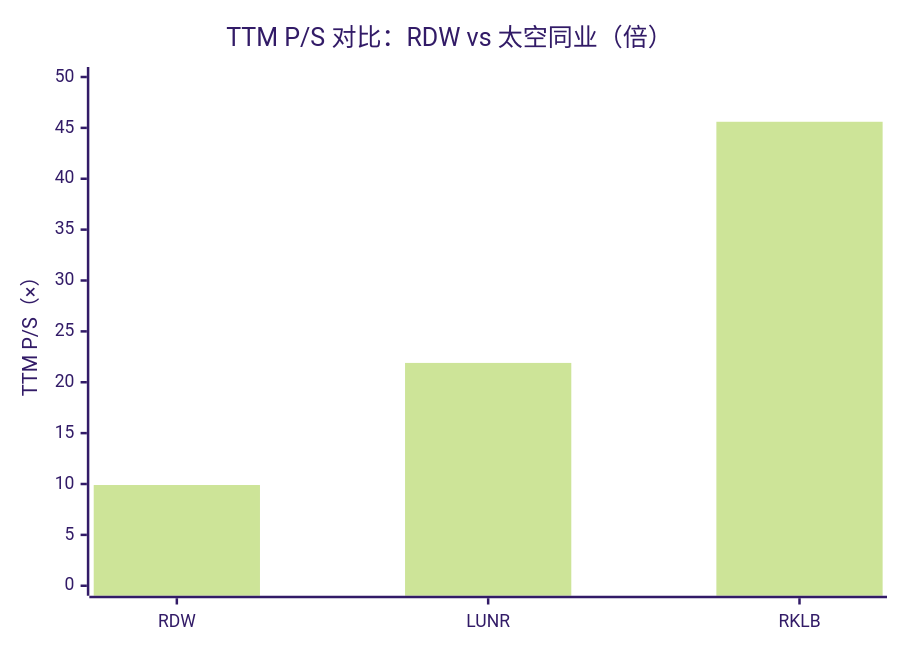
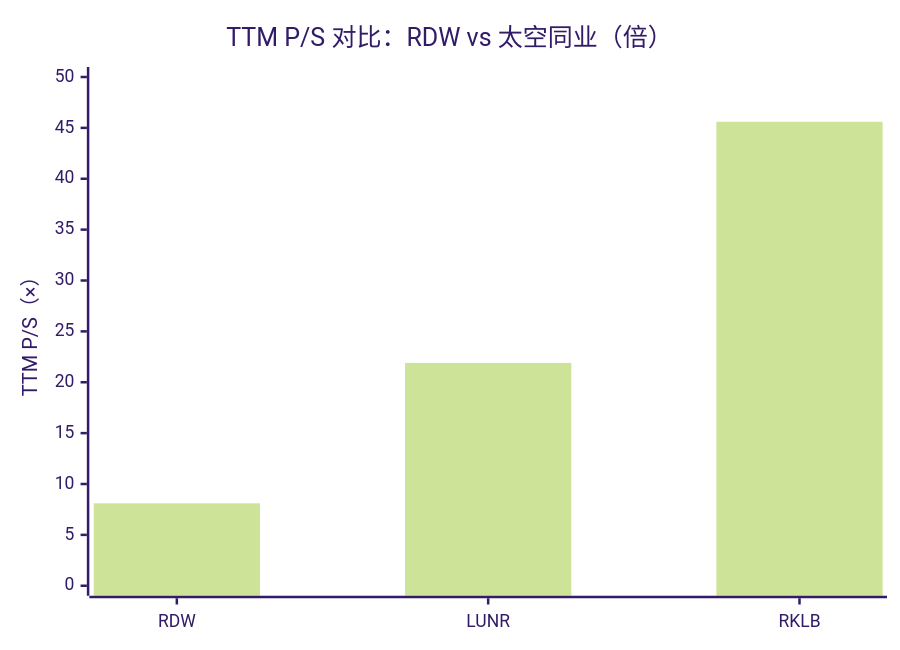
The second of 7 diagrams in reports/company/Redwire_NYSE_RDW/Redwire_NYSE_RDW_公司研究.md (dadachundan/financial_agent), drawn with Mermaid (forest theme) before and after one commit. The commit also changed other lines of this file and 8 other files, not shown here.

````diff
--- a/reports/company/Redwire_NYSE_RDW/Redwire_NYSE_RDW_公司研究.md
+++ b/reports/company/Redwire_NYSE_RDW/Redwire_NYSE_RDW_公司研究.md
@@ -104,7 +295,7 @@
 ```mermaid
 xychart-beta
     title "TTM P/S 对比：RDW vs 太空同业（倍）"
     x-axis [RDW, LUNR, RKLB]
     y-axis "TTM P/S（×）" 0 --> 50
-    bar [9.9, 21.9, 45.6]
+    bar [8.1, 21.9, 45.6]
 ```
````
